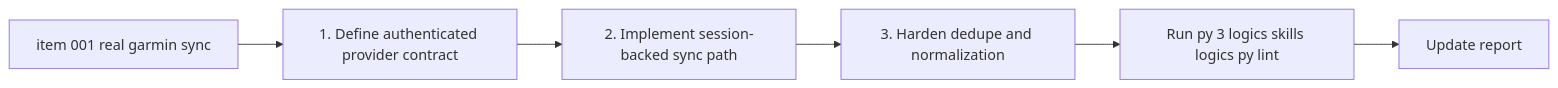
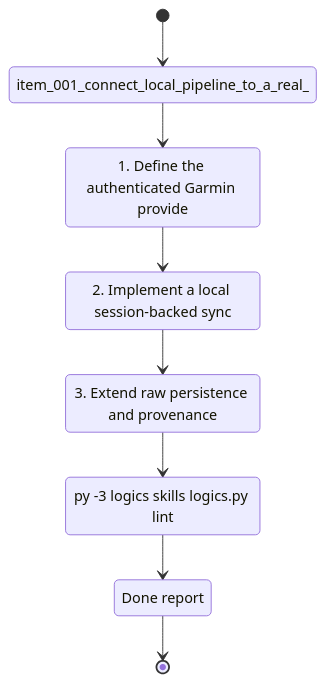
One commit to Jilanos/Coach_garmin changed the diagram in logics/tasks/task_001_connect_local_pipeline_to_a_real_garmin_source_and_harden_incremental_sync_on_user_data.md. Above: the diagram before and after it, drawn with Mermaid. The commit also changed other lines of this file and 86 other files, not shown here.

Commit message:
Harden chart UX and UTF-8 handling

````diff
--- a/logics/tasks/task_001_connect_local_pipeline_to_a_real_garmin_source_and_harden_incremental_sync_on_user_data.md
+++ b/logics/tasks/task_001_connect_local_pipeline_to_a_real_garmin_source_and_harden_incremental_sync_on_user_data.md
@@ -22,10 +23,18 @@
 ```mermaid
 %% logics-kind: task
 %% logics-signature: task|connect-local-pipeline-to-a-real-garmin-|item-001-connect-local-pipeline-to-a-rea|1-define-the-authenticated-garmin-provid|py-3-logics-skills-logics-py-lint
-flowchart LR
-    Backlog[item 001 real garmin sync] --> Step1[1. Define authenticated provider contract]
-    Step1 --> Step2[2. Implement session-backed sync path]
-    Step2 --> Step3[3. Harden dedupe and normalization]
-    Step3 --> Validation[Run py 3 logics skills logics py lint]
-    Validation --> Report[Update report]
+stateDiagram-v2
+    state "item_001_connect_local_pipeline_to_a_real_" as Backlog
+    state "1. Define the authenticated Garmin provide" as Scope
+    state "2. Implement a local session-backed sync" as Build
+    state "3. Extend raw persistence and provenance" as Verify
+    state "py -3 logics skills logics.py lint" as Validation
+    state "Done report" as Report
+    [*] --> Backlog
+    Backlog --> Scope
+    Scope --> Build
+    Build --> Verify
+    Verify --> Validation
+    Validation --> Report
+    Report --> [*]
 ```
````
